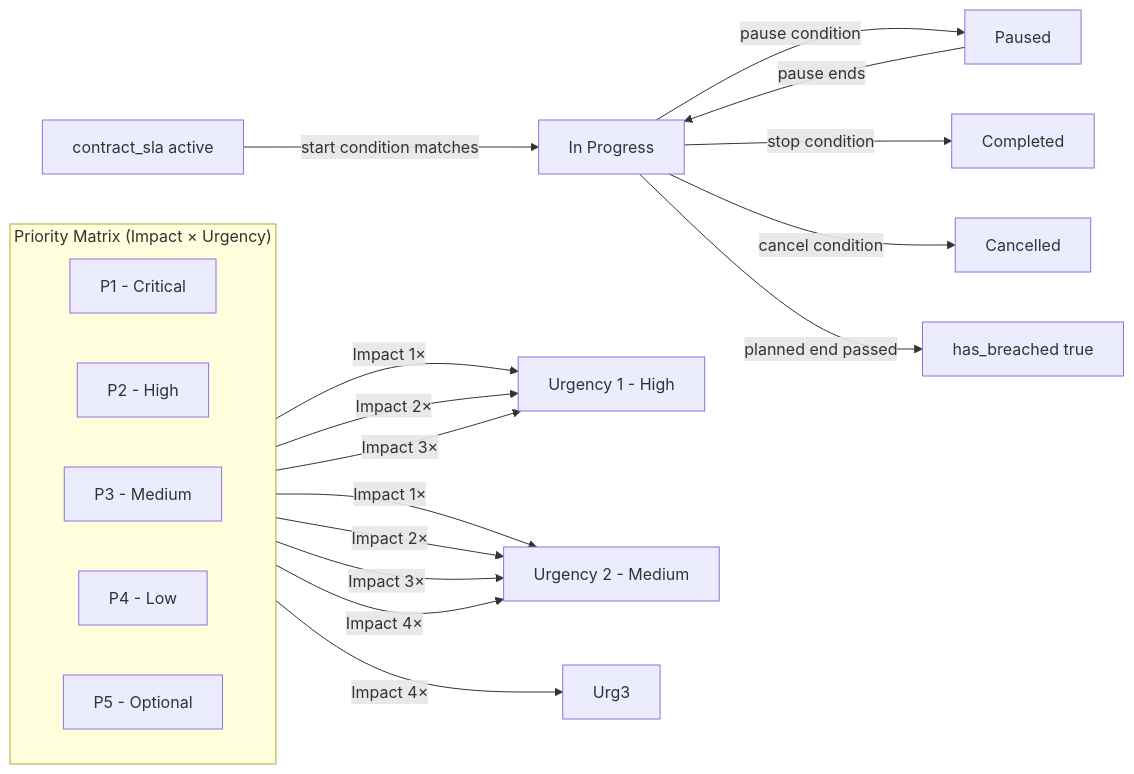
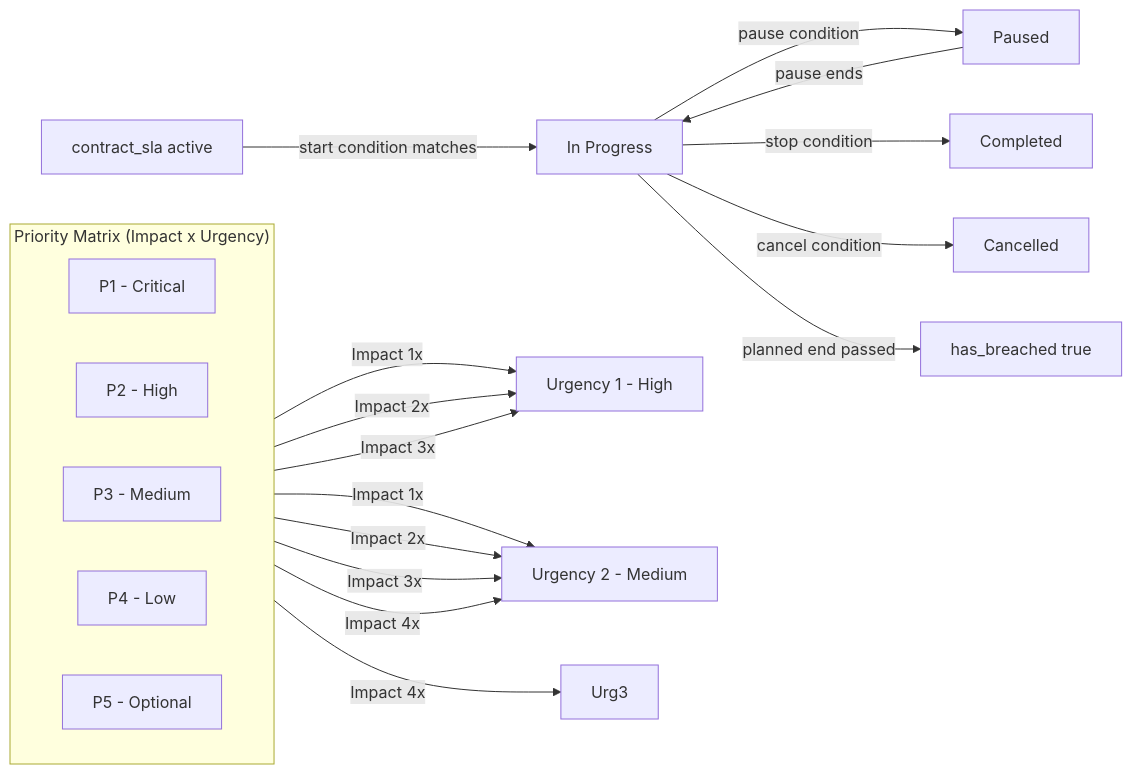
One commit to eltonaguiar/ServiceNow_Learning_TSOM-_CSM_FSM_SalesCRM_HAM_ITSM changed the eighth of 8 diagrams in docs/modules/itsm/itsm-guide.md. Above: the diagram before and after it, drawn with Mermaid. The commit also changed 3 other files, not shown here.

First line of the commit message:
Fix remaining Mermaid diagram syntax errors

````diff
--- a/docs/modules/itsm/itsm-guide.md
+++ b/docs/modules/itsm/itsm-guide.md
@@ -840,26 +840,26 @@
 ```mermaid
 graph LR
     def[contract_sla active] -->|start condition matches| ip[In Progress]
     ip -->|pause condition| pa[Paused]
     pa -->|pause ends| ip
     ip -->|stop condition| co[Completed]
     ip -->|cancel condition| ca[Cancelled]
     ip -->|planned end passed| br[has_breached true]
     
-    subgraph "Priority Matrix (Impact × Urgency)"
+    subgraph "Priority Matrix (Impact x Urgency)"
         direction LR
         P1[P1 - Critical]
         P2[P2 - High]
         P3[P3 - Medium]
         P4[P4 - Low]
         P5[P5 - Optional]
     end
-    P1 -->|Impact 1×| Urg1[Urgency 1 - High]
-    P1 -->|Impact 1×| Urg2[Urgency 2 - Medium]
-    P2 -->|Impact 2×| Urg1
-    P2 -->|Impact 2×| Urg2
-    P3 -->|Impact 3×| Urg1
-    P3 -->|Impact 3×| Urg2
-    P4 -->|Impact 4×| Urg2
-    P5 -->|Impact 4×| Urg3
+    P1 -->|Impact 1x| Urg1[Urgency 1 - High]
+    P1 -->|Impact 1x| Urg2[Urgency 2 - Medium]
+    P2 -->|Impact 2x| Urg1
+    P2 -->|Impact 2x| Urg2
+    P3 -->|Impact 3x| Urg1
+    P3 -->|Impact 3x| Urg2
+    P4 -->|Impact 4x| Urg2
+    P5 -->|Impact 4x| Urg3
 ```
````
